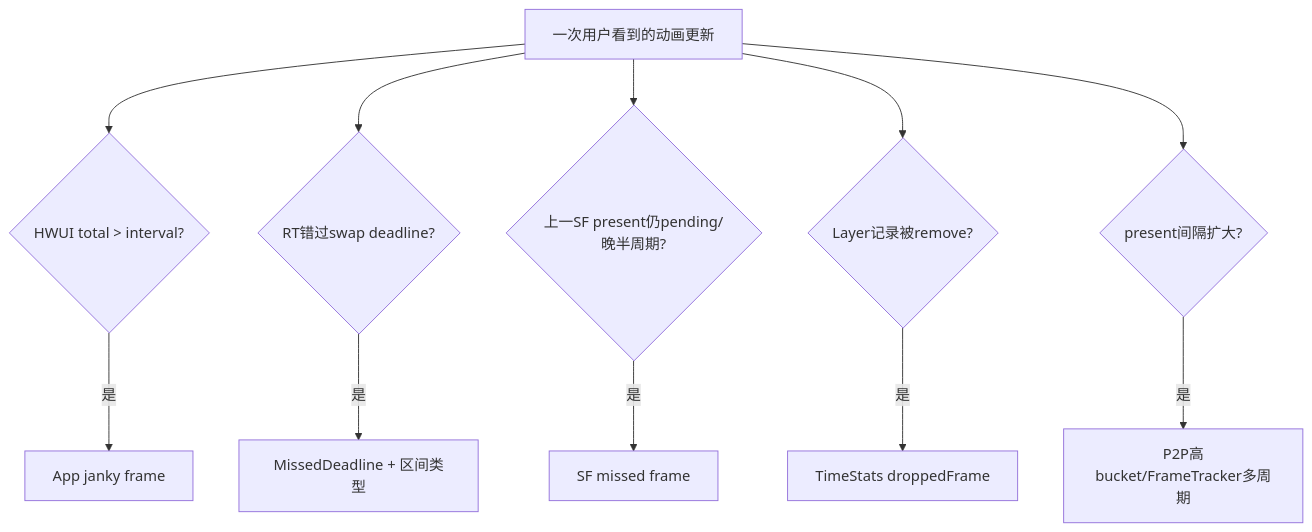
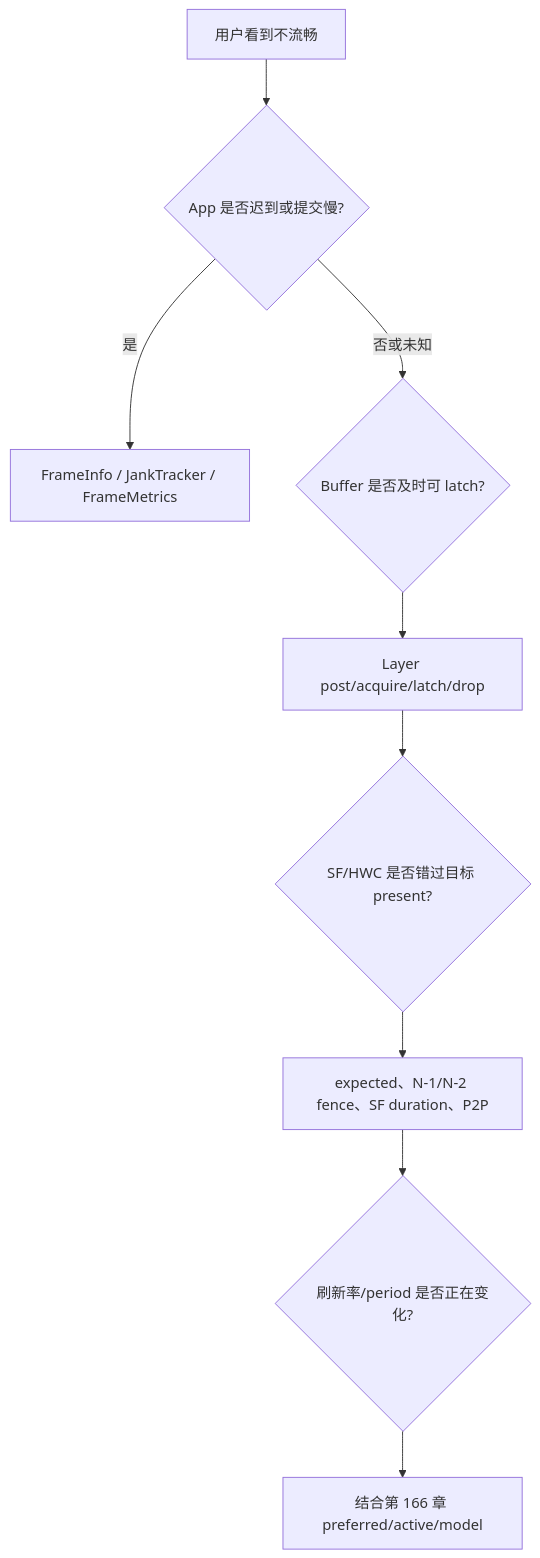
Before and after one commit to junyingzhao001/StudyNotes: the third of 3 diagrams in Android源码学习/167-Android11帧性能统计FrameInfoJankTrackerTimeStats与FrameTracker.md, drawn with Mermaid. The commit also changed other lines of this file and 30 other files, not shown here.

````diff
--- a/Android源码学习/167-Android11帧性能统计FrameInfoJankTrackerTimeStats与FrameTracker.md
+++ b/Android源码学习/167-Android11帧性能统计FrameInfoJankTrackerTimeStats与FrameTracker.md
@@ -795,13 +755,11 @@
 ```mermaid
 flowchart TD
-    F["一次用户看到的动画更新"] --> A{"HWUI total > interval?"}
-    A -->|"是"| AJ["App janky frame"]
-    F --> B{"RT错过swap deadline?"}
-    B -->|"是"| TYPE["MissedDeadline + 区间类型"]
-    F --> C{"上一SF present仍pending/晚半周期?"}
-    C -->|"是"| SM["SF missed frame"]
-    F --> D{"Layer记录被remove?"}
-    D -->|"是"| DROP["TimeStats droppedFrame"]
-    F --> E{"present间隔扩大?"}
-    E -->|"是"| P2P["P2P高bucket/FrameTracker多周期"]
+    Q["用户看到不流畅"] --> A{"App 是否迟到或提交慢?"}
+    A -->|是| H["FrameInfo / JankTracker / FrameMetrics"]
+    A -->|否或未知| B{"Buffer 是否及时可 latch?"}
+    B --> L["Layer post/acquire/latch/drop"]
+    L --> C{"SF/HWC 是否错过目标 present?"}
+    C --> S["expected、N-1/N-2 fence、SF duration、P2P"]
+    S --> R{"刷新率/period 是否正在变化?"}
+    R --> D["结合第 166 章 preferred/active/model"]
 ```
````
